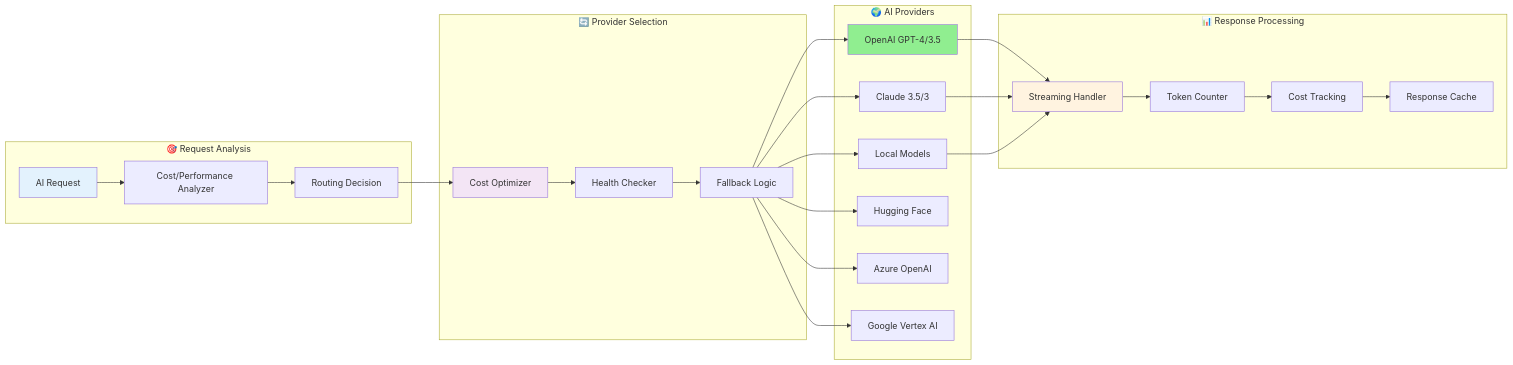
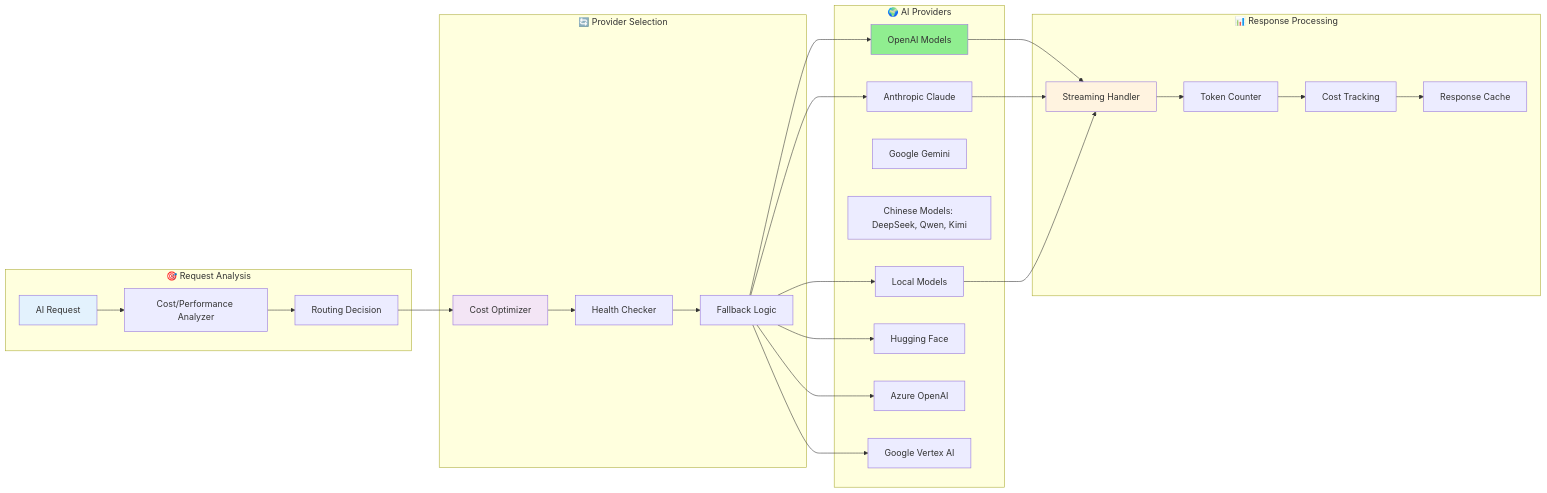
One commit to quanhua92/rust-fullstack-starter changed the fourth of 26 diagrams in docs/AI-IDEAS.md. Above: the diagram before and after it, drawn with Mermaid. The commit also changed other lines of this file, not shown here.

````diff
--- a/docs/AI-IDEAS.md
+++ b/docs/AI-IDEAS.md
@@ -264,56 +303,58 @@
 ```mermaid
 graph LR
     subgraph "🎯 Request Analysis"
         REQ[AI Request]
         ANALYZE[Cost/Performance Analyzer]
         ROUTE[Routing Decision]
     end
     
     subgraph "🔄 Provider Selection"
         COST[Cost Optimizer]
         HEALTH[Health Checker]
         FALLBACK[Fallback Logic]
     end
     
     subgraph "🌍 AI Providers"
-        OPENAI[OpenAI GPT-4/3.5]
-        ANTHROPIC[Claude 3.5/3]
+        OPENAI[OpenAI Models]
+        ANTHROPIC[Anthropic Claude]
+        GOOGLE[Google Gemini]
+        CHINESE[Chinese Models: DeepSeek, Qwen, Kimi]
         OLLAMA[Local Models]
         HF[Hugging Face]
         AZURE[Azure OpenAI]
         VERTEX[Google Vertex AI]
     end
     
     subgraph "📊 Response Processing"
         STREAM[Streaming Handler]
         TOKENS[Token Counter]
         COST_TRACK[Cost Tracking]
         CACHE[Response Cache]
     end
     
     REQ --> ANALYZE
     ANALYZE --> ROUTE
     ROUTE --> COST
     COST --> HEALTH
     HEALTH --> FALLBACK
     
     FALLBACK --> OPENAI
     FALLBACK --> ANTHROPIC
     FALLBACK --> OLLAMA
     FALLBACK --> HF
     FALLBACK --> AZURE
     FALLBACK --> VERTEX
     
     OPENAI --> STREAM
     ANTHROPIC --> STREAM
     OLLAMA --> STREAM
     
     STREAM --> TOKENS
     TOKENS --> COST_TRACK
     COST_TRACK --> CACHE
     
     style REQ fill:#e3f2fd
     style COST fill:#f3e5f5
     style OPENAI fill:#90ee90
     style STREAM fill:#fff3e0
 ```
````
